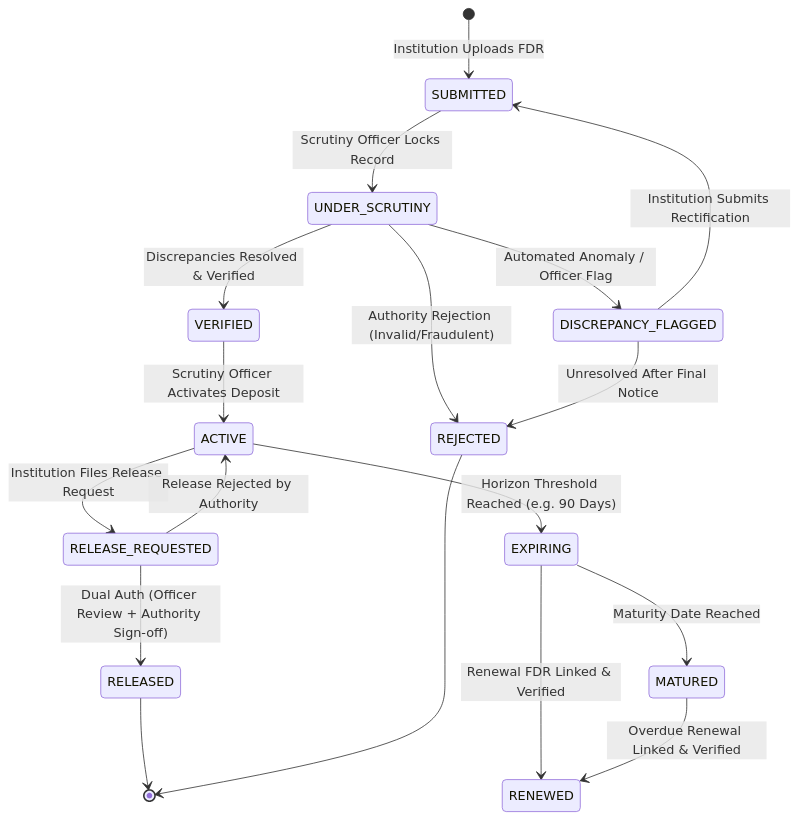
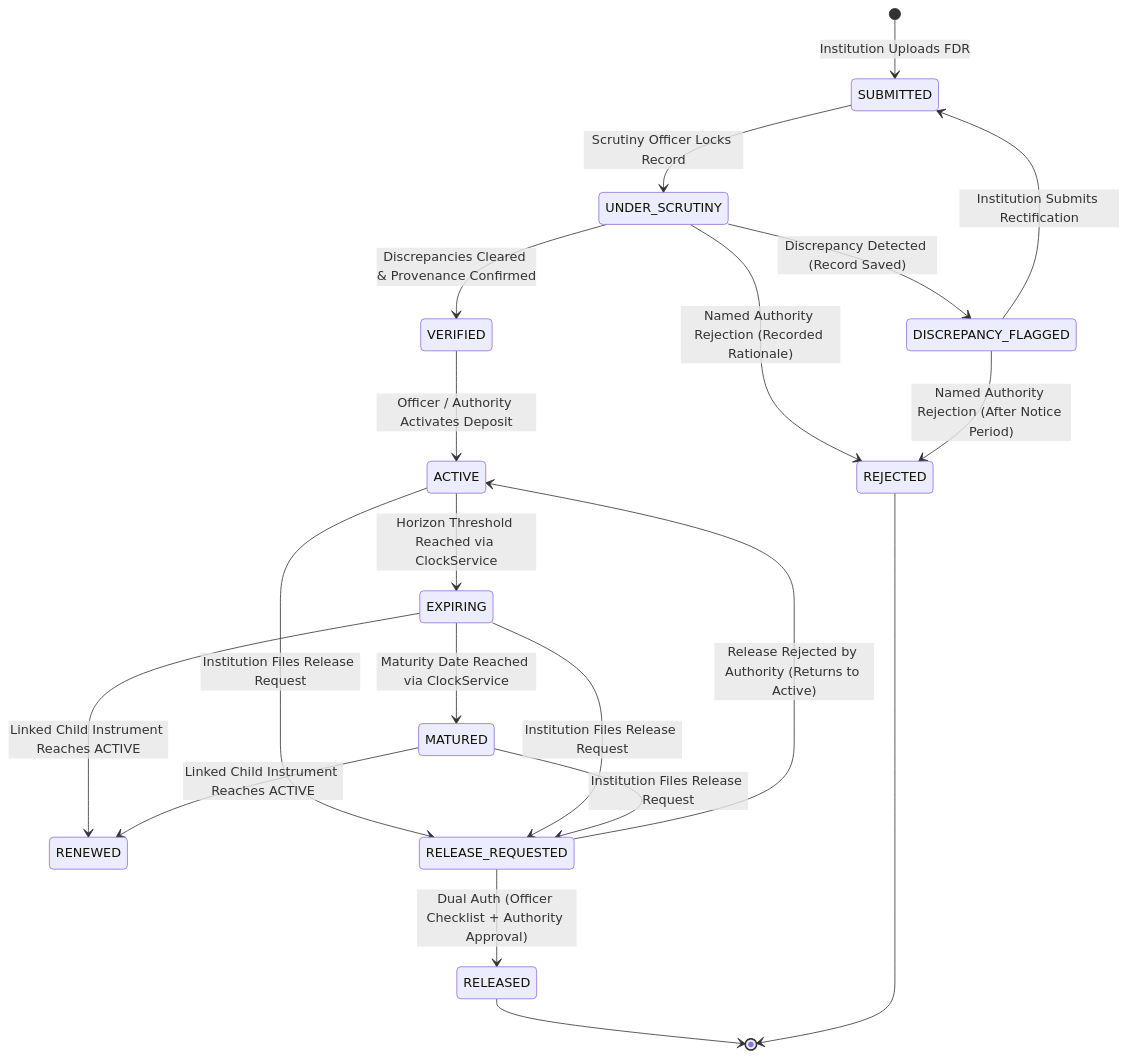
Before and after one commit to Shlok82/fdr-sentinel: the first of 3 diagrams in SPEC.md, drawn with Mermaid. The commit also changed other lines of this file, not shown here.

````diff
--- a/SPEC.md
+++ b/SPEC.md
@@ -92,20 +122,27 @@
 ```mermaid
 stateDiagram-v2
     [*] --> SUBMITTED: Institution Uploads FDR
     SUBMITTED --> UNDER_SCRUTINY: Scrutiny Officer Locks Record
-    UNDER_SCRUTINY --> DISCREPANCY_FLAGGED: Automated Anomaly / Officer Flag
+    UNDER_SCRUTINY --> DISCREPANCY_FLAGGED: Discrepancy Detected (Record Saved)
     DISCREPANCY_FLAGGED --> SUBMITTED: Institution Submits Rectification
-    UNDER_SCRUTINY --> VERIFIED: Discrepancies Resolved & Verified
-    VERIFIED --> ACTIVE: Scrutiny Officer Activates Deposit
-    ACTIVE --> EXPIRING: Horizon Threshold Reached (e.g. 90 Days)
-    EXPIRING --> MATURED: Maturity Date Reached
-    EXPIRING --> RENEWED: Renewal FDR Linked & Verified
-    MATURED --> RENEWED: Overdue Renewal Linked & Verified
+    UNDER_SCRUTINY --> VERIFIED: Discrepancies Cleared & Provenance Confirmed
+    VERIFIED --> ACTIVE: Officer / Authority Activates Deposit
+    ACTIVE --> EXPIRING: Horizon Threshold Reached via ClockService
+    EXPIRING --> MATURED: Maturity Date Reached via ClockService
+    
+    EXPIRING --> RENEWED: Linked Child Instrument Reaches ACTIVE
+    MATURED --> RENEWED: Linked Child Instrument Reaches ACTIVE
+    
     ACTIVE --> RELEASE_REQUESTED: Institution Files Release Request
-    RELEASE_REQUESTED --> RELEASED: Dual Auth (Officer Review + Authority Sign-off)
-    RELEASE_REQUESTED --> ACTIVE: Release Rejected by Authority
-    UNDER_SCRUTINY --> REJECTED: Authority Rejection (Invalid/Fraudulent)
-    DISCREPANCY_FLAGGED --> REJECTED: Unresolved After Final Notice
+    EXPIRING --> RELEASE_REQUESTED: Institution Files Release Request
+    MATURED --> RELEASE_REQUESTED: Institution Files Release Request
+    
+    RELEASE_REQUESTED --> RELEASED: Dual Auth (Officer Checklist + Authority Approval)
+    RELEASE_REQUESTED --> ACTIVE: Release Rejected by Authority (Returns to Active)
+    
+    UNDER_SCRUTINY --> REJECTED: Named Authority Rejection (Recorded Rationale)
+    DISCREPANCY_FLAGGED --> REJECTED: Named Authority Rejection (After Notice Period)
+    
     RELEASED --> [*]
     REJECTED --> [*]
 ```
````
